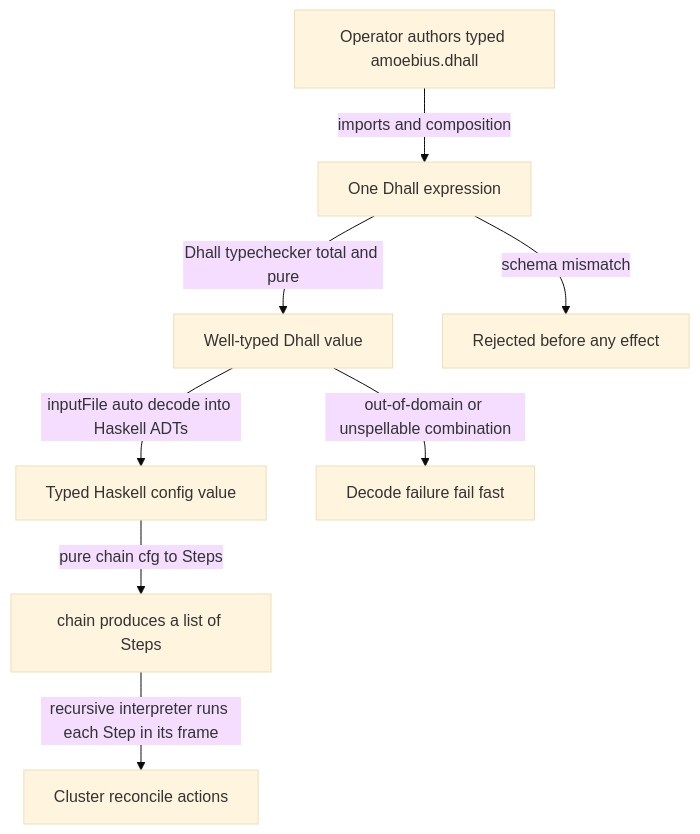
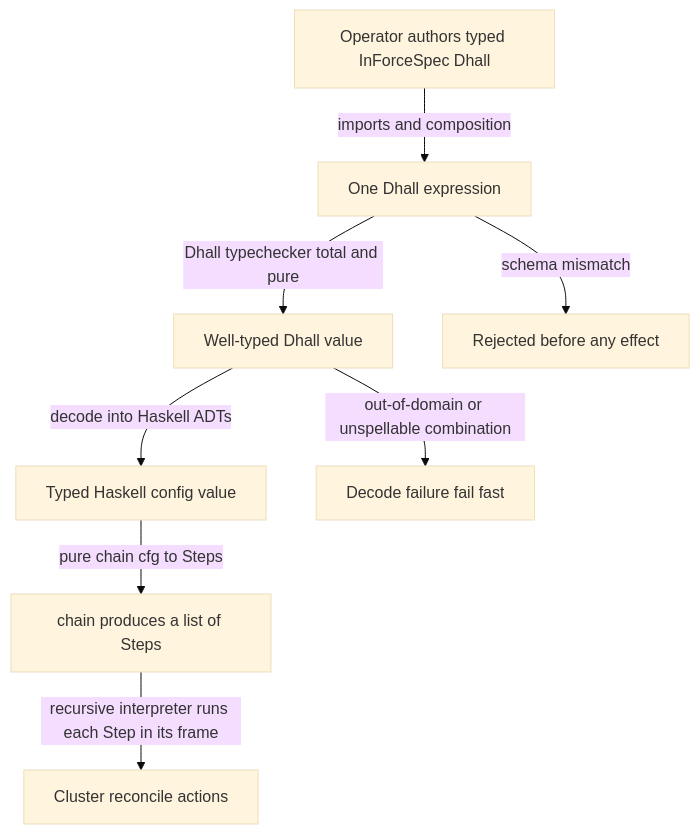
One commit to Tuee22/amoebius changed the first of 2 diagrams in documents/engineering/dsl_doctrine.md. Above: the diagram before and after it, drawn with Mermaid (base theme). The commit also changed other lines of this file and 37 other files, not shown here.

````diff
--- a/documents/engineering/dsl_doctrine.md
+++ b/documents/engineering/dsl_doctrine.md
@@ -76,10 +79,10 @@
 ```mermaid
 flowchart TD
-  author[Operator authors typed amoebius.dhall] -->|imports and composition| expr[One Dhall expression]
+  author[Operator authors typed InForceSpec Dhall] -->|imports and composition| expr[One Dhall expression]
   expr -->|Dhall typechecker total and pure| typed[Well-typed Dhall value]
   expr -->|schema mismatch| reject1[Rejected before any effect]
-  typed -->|inputFile auto decode into Haskell ADTs| decoded[Typed Haskell config value]
+  typed -->|decode into Haskell ADTs| decoded[Typed Haskell config value]
   typed -->|out-of-domain or unspellable combination| reject2[Decode failure fail fast]
   decoded -->|pure chain cfg to Steps| chain[chain produces a list of Steps]
   chain -->|recursive interpreter runs each Step in its frame| effects[Cluster reconcile actions]
 ```
````
